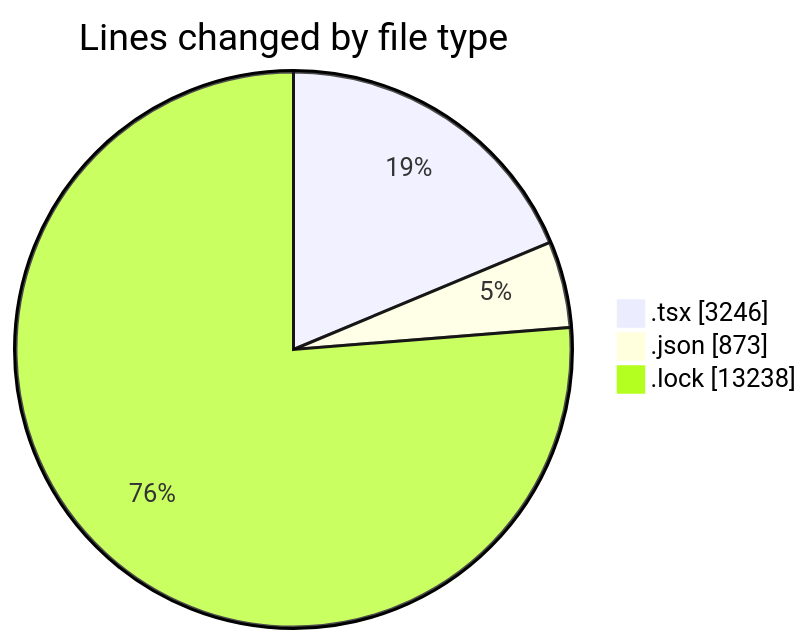
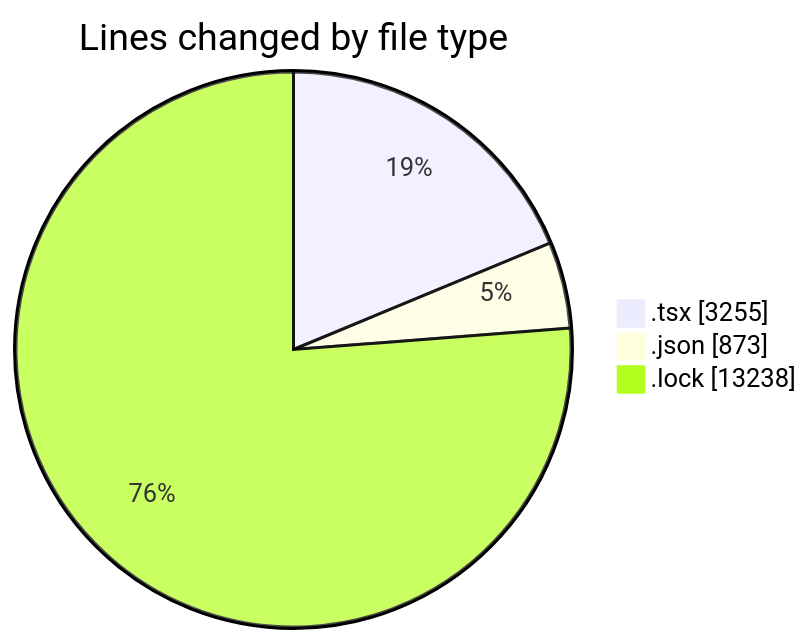
One commit to momahboobian/code-tracking changed the first of 2 diagrams in 2026-01-09/cda/README.md. Above: the diagram before and after it, drawn with Mermaid. The commit also changed other lines of this file and 1 other file, not shown here.

````diff
--- a/2026-01-09/cda/README.md
+++ b/2026-01-09/cda/README.md
@@ -26,7 +26,7 @@
 ```mermaid
 pie showData
 title Lines changed by file type
-".tsx" : 3246
+".tsx" : 3255
 ".json" : 873
 ".lock" : 13238
 ```
````
